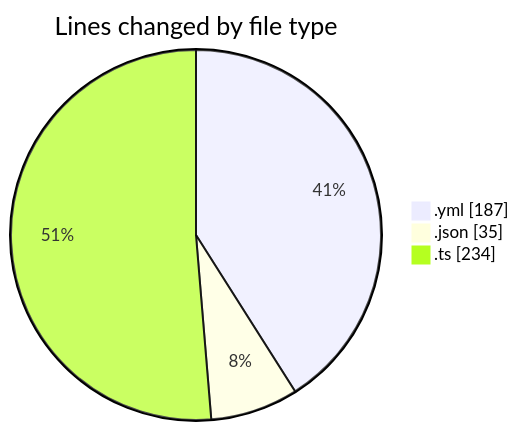
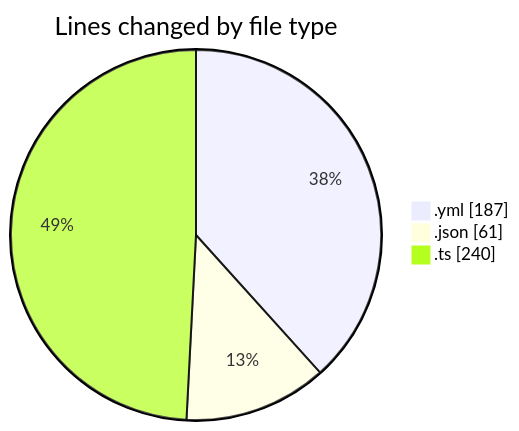
The first of 2 diagrams in 2025-02-10/maps_clone/README.md (donsfak/code-tracking), drawn with Mermaid before and after one commit. The commit also changed other lines of this file and 1 other file, not shown here.

````diff
--- a/2025-02-10/maps_clone/README.md
+++ b/2025-02-10/maps_clone/README.md
@@ -24,7 +26,7 @@
 ```mermaid
 pie showData
 title Lines changed by file type
 ".yml" : 187
-".json" : 35
-".ts" : 234
+".json" : 61
+".ts" : 240
 ```
````
